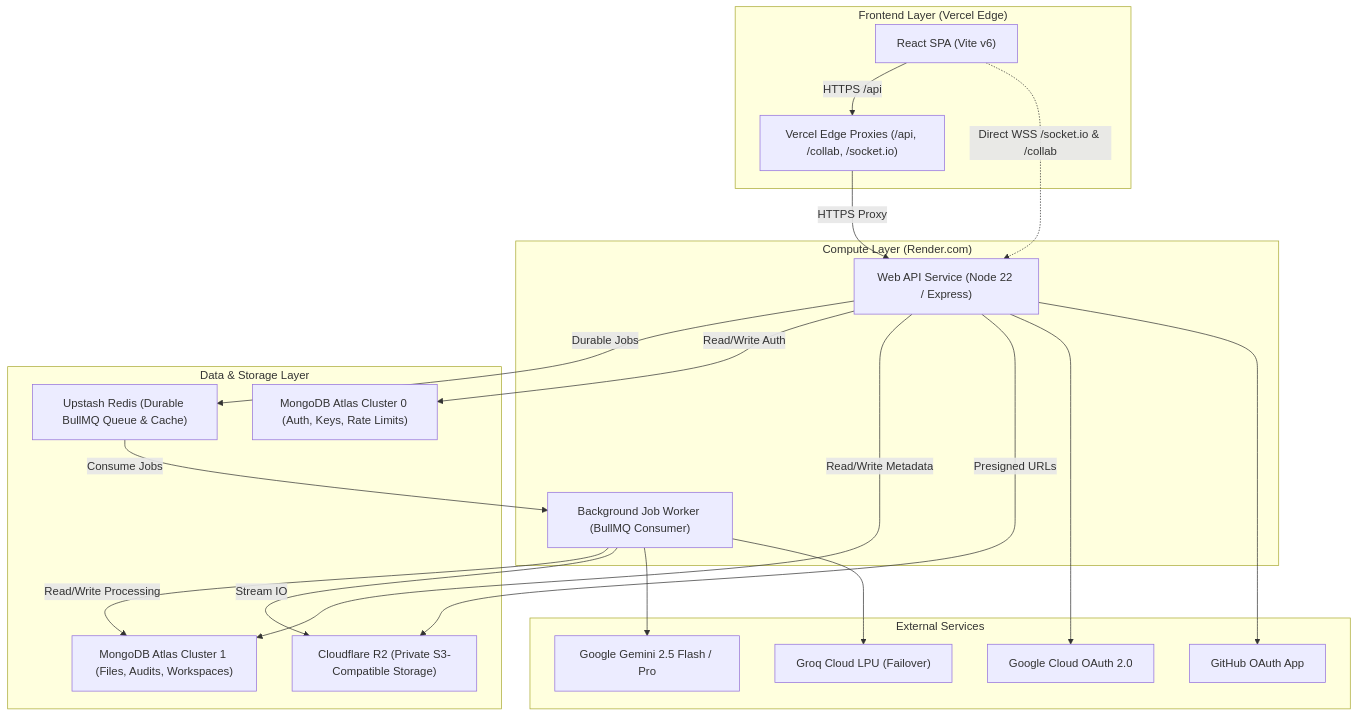
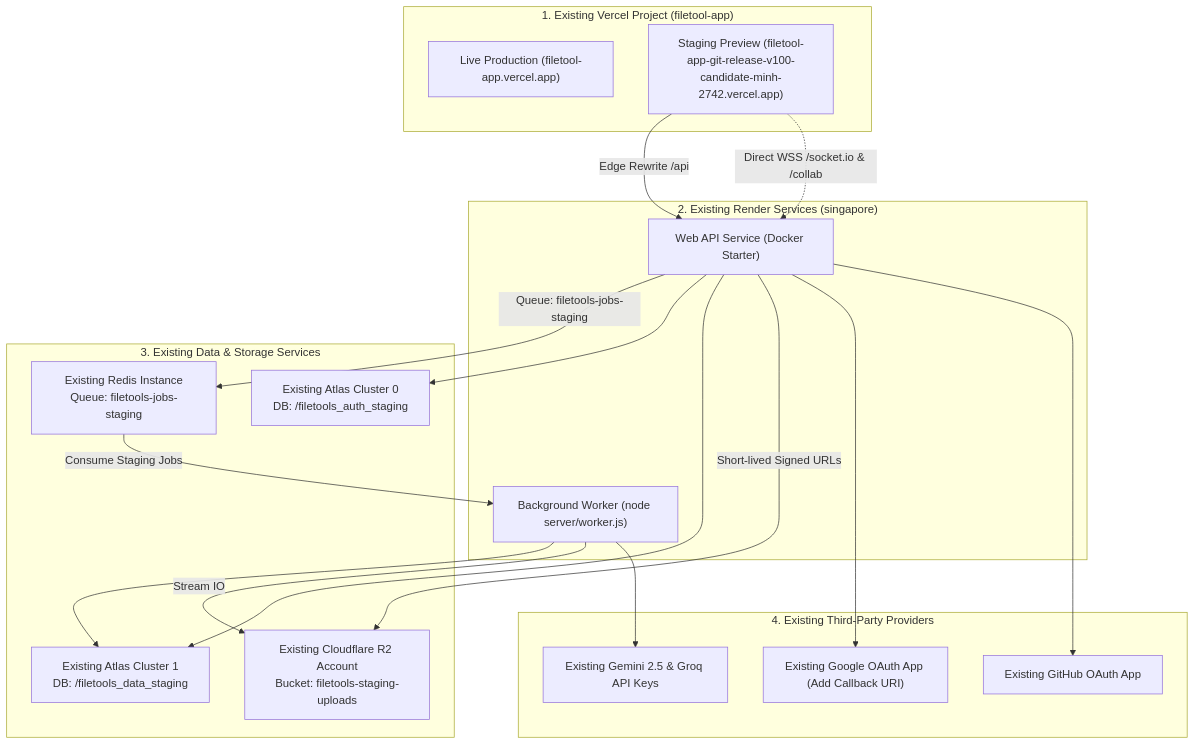
One commit to trminh18122022leo-gif/filetool_app changed the diagram in reports/staging/07_OWNER_SETUP_GUIDE.md. Above: the diagram before and after it, drawn with Mermaid. The commit also changed other lines of this file and 5 other files, not shown here.

Commit message:
docs(staging): reuse existing infrastructure inventory, minimal delta, and owner reuse guide

````diff
--- a/reports/staging/07_OWNER_SETUP_GUIDE.md
+++ b/reports/staging/07_OWNER_SETUP_GUIDE.md
@@ -15,45 +25,42 @@
 ```mermaid
 flowchart TD
-    subgraph ClientLayer ["Frontend Layer (Vercel Edge)"]
-        SPA["React SPA (Vite v6)"]
-        VercelRewrite["Vercel Edge Proxies (/api, /collab, /socket.io)"]
+    subgraph VercelLayer ["1. Existing Vercel Project (filetool-app)"]
+        VercelLive["Live Production (filetool-app.vercel.app)"]
+        VercelPrev["Staging Preview (filetool-app-git-release-v100-candidate-minh-2742.vercel.app)"]
     end
 
-    subgraph ComputeLayer ["Compute Layer (Render.com)"]
-        WebAPI["Web API Service (Node 22 / Express)"]
-        Worker["Background Job Worker (BullMQ Consumer)"]
+    subgraph RenderLayer ["2. Existing Render Services (singapore)"]
+        RenderWeb["Web API Service (Docker Starter)"]
+        RenderWorker["Background Worker (node server/worker.js)"]
     end
 
-    subgraph DataLayer ["Data & Storage Layer"]
-        AuthDB["MongoDB Atlas Cluster 0 (Auth, Keys, Rate Limits)"]
-        DataDB["MongoDB Atlas Cluster 1 (Files, Audits, Workspaces)"]
-        Redis["Upstash Redis (Durable BullMQ Queue & Cache)"]
-        R2["Cloudflare R2 (Private S3-Compatible Storage)"]
+    subgraph DataLayer ["3. Existing Data & Storage Services"]
+        AtlasAuth["Existing Atlas Cluster 0\nDB: /filetools_auth_staging"]
+        AtlasData["Existing Atlas Cluster 1\nDB: /filetools_data_staging"]
+        RedisInst["Existing Redis Instance\nQueue: filetools-jobs-staging"]
+        R2Storage["Existing Cloudflare R2 Account\nBucket: filetools-staging-uploads"]
     end
 
-    subgraph ExternalLayer ["External Services"]
-        GoogleOAuth["Google Cloud OAuth 2.0"]
-        GitHubOAuth["GitHub OAuth App"]
-        GoogleAI["Google Gemini 2.5 Flash / Pro"]
-        GroqAI["Groq Cloud LPU (Failover)"]
+    subgraph ExternalLayer ["4. Existing Third-Party Providers"]
+        GoogleOAuth["Existing Google OAuth App (Add Callback URI)"]
+        GitHubOAuth["Existing GitHub OAuth App"]
+        GoogleAI["Existing Gemini 2.5 & Groq API Keys"]
     end
 
-    SPA -->|HTTPS /api| VercelRewrite
-    VercelRewrite -->|HTTPS Proxy| WebAPI
-    SPA -.->|Direct WSS /socket.io & /collab| WebAPI
+    VercelPrev -->|Edge Rewrite /api| RenderWeb
+    VercelPrev -.->|Direct WSS /socket.io & /collab| RenderWeb
 
-    WebAPI -->|Durable Jobs| Redis
-    Redis -->|Consume Jobs| Worker
+    RenderWeb -->|Queue: filetools-jobs-staging| RedisInst
+    RedisInst -->|Consume Staging Jobs| RenderWorker
 
-    WebAPI -->|Read/Write Auth| AuthDB
-    WebAPI -->|Read/Write Metadata| DataDB
-    Worker -->|Read/Write Processing| DataDB
+    RenderWeb --> AtlasAuth
+    RenderWeb --> AtlasData
+    RenderWorker --> AtlasData
 
-    WebAPI -->|Presigned URLs| R2
-    Worker -->|Stream IO| R2
+    RenderWeb -->|Short-lived Signed URLs| R2Storage
+    RenderWorker -->|Stream IO| R2Storage
 
-    WebAPI --> GoogleOAuth
-    WebAPI --> GitHubOAuth
-    Worker --> GoogleAI
-    Worker --> GroqAI
+    RenderWeb --> GoogleOAuth
+    RenderWeb --> GitHubOAuth
+    RenderWorker --> GoogleAI
 ```
````
